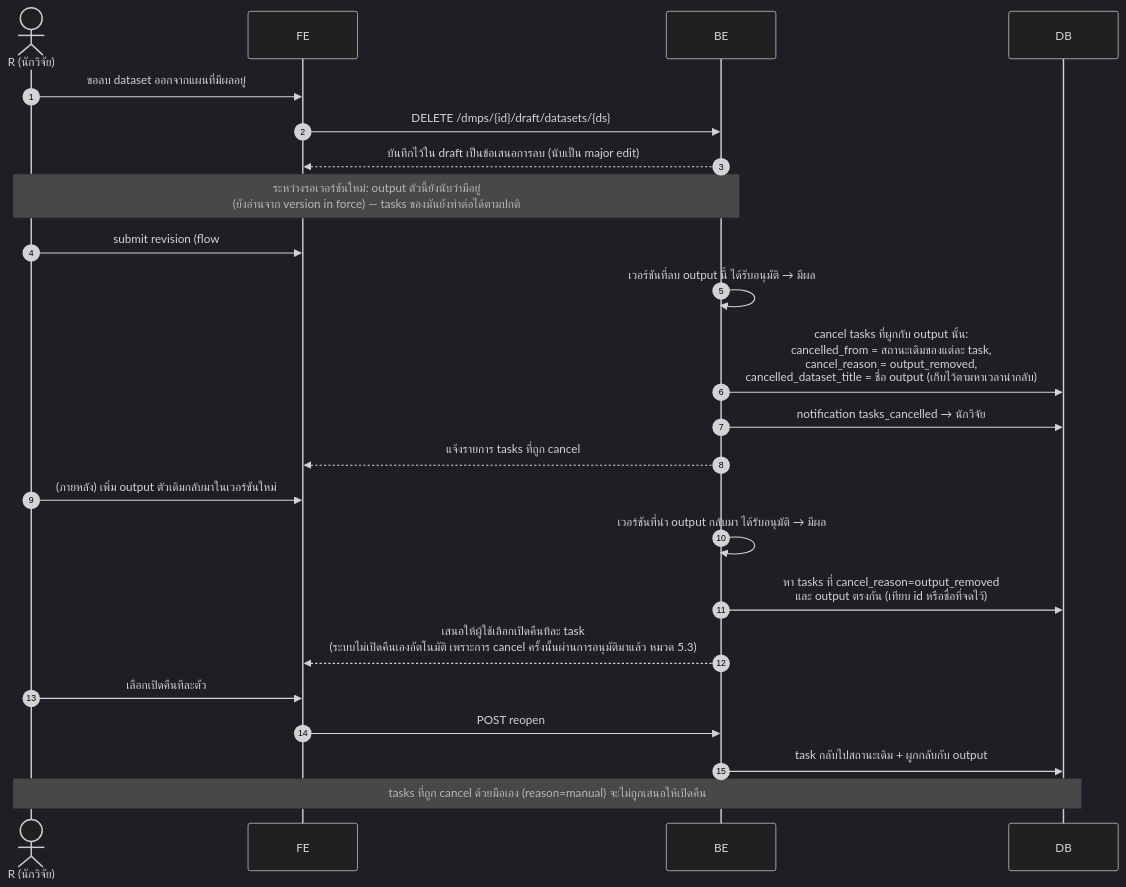
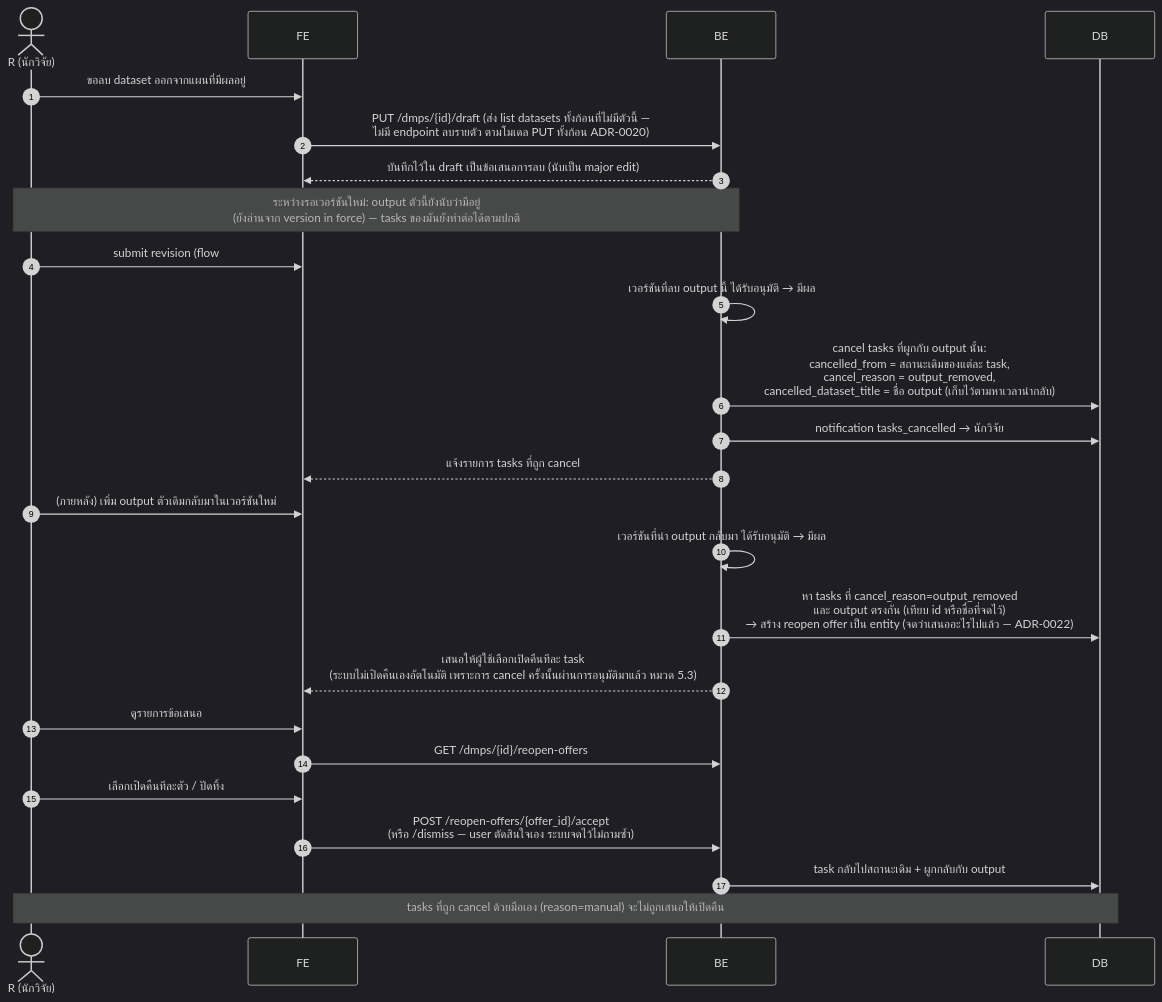
Before and after one commit to Open-Science-and-Data-management/Backend: diagram 11 of 18 in docs/architecture/sequence-diagrams.md, drawn with Mermaid (dark theme). The commit also changed other lines of this file and 26 other files, not shown here.

````diff
--- a/docs/architecture/sequence-diagrams.md
+++ b/docs/architecture/sequence-diagrams.md
@@ -420,27 +440,29 @@
 ```mermaid
 sequenceDiagram
     autonumber
     actor R as R (นักวิจัย)
     participant FE as FE
     participant BE as BE
     participant DB as DB
 
     R->>FE: ขอลบ dataset ออกจากแผนที่มีผลอยู่
-    FE->>BE: DELETE /dmps/{id}/draft/datasets/{ds}
+    FE->>BE: PUT /dmps/{id}/draft (ส่ง list datasets ทั้งก้อนที่ไม่มีตัวนี้ —<br/>ไม่มี endpoint ลบรายตัว ตามโมเดล PUT ทั้งก้อน ADR-0020)
     BE-->>FE: บันทึกไว้ใน draft เป็นข้อเสนอการลบ (นับเป็น major edit)
     Note over R,BE: ระหว่างรอเวอร์ชันใหม่: output ตัวนี้ยังนับว่ามีอยู่<br/>(ยังอ่านจาก version in force) — tasks ของมันยังทำต่อได้ตามปกติ
     R->>FE: submit revision (flow #9)
     BE->>BE: เวอร์ชันที่ลบ output นี้ ได้รับอนุมัติ → มีผล
     BE->>DB: cancel tasks ที่ผูกกับ output นั้น:<br/>cancelled_from = สถานะเดิมของแต่ละ task,<br/>cancel_reason = output_removed,<br/>cancelled_dataset_title = ชื่อ output (เก็บไว้ตามหาเวลานำกลับ)
     BE->>DB: notification tasks_cancelled → นักวิจัย
     BE-->>FE: แจ้งรายการ tasks ที่ถูก cancel
 
     R->>FE: (ภายหลัง) เพิ่ม output ตัวเดิมกลับมาในเวอร์ชันใหม่
     BE->>BE: เวอร์ชันที่นำ output กลับมา ได้รับอนุมัติ → มีผล
-    BE->>DB: หา tasks ที่ cancel_reason=output_removed<br/>และ output ตรงกัน (เทียบ id หรือชื่อที่จดไว้)
+    BE->>DB: หา tasks ที่ cancel_reason=output_removed<br/>และ output ตรงกัน (เทียบ id หรือชื่อที่จดไว้)<br/>→ สร้าง reopen offer เป็น entity (จดว่าเสนออะไรไปแล้ว — ADR-0022)
     BE-->>FE: เสนอให้ผู้ใช้เลือกเปิดคืนทีละ task<br/>(ระบบไม่เปิดคืนเองอัตโนมัติ เพราะการ cancel ครั้งนั้นผ่านการอนุมัติมาแล้ว หมวด 5.3)
-    R->>FE: เลือกเปิดคืนทีละตัว
-    FE->>BE: POST reopen
+    R->>FE: ดูรายการข้อเสนอ
+    FE->>BE: GET /dmps/{id}/reopen-offers
+    R->>FE: เลือกเปิดคืนทีละตัว / ปัดทิ้ง
+    FE->>BE: POST /reopen-offers/{offer_id}/accept<br/>(หรือ /dismiss — user ตัดสินใจเอง ระบบจดไว้ไม่ถามซ้ำ)
     BE->>DB: task กลับไปสถานะเดิม + ผูกกลับกับ output
     Note over R,DB: tasks ที่ถูก cancel ด้วยมือเอง (reason=manual) จะไม่ถูกเสนอให้เปิดคืน
 ```
````
